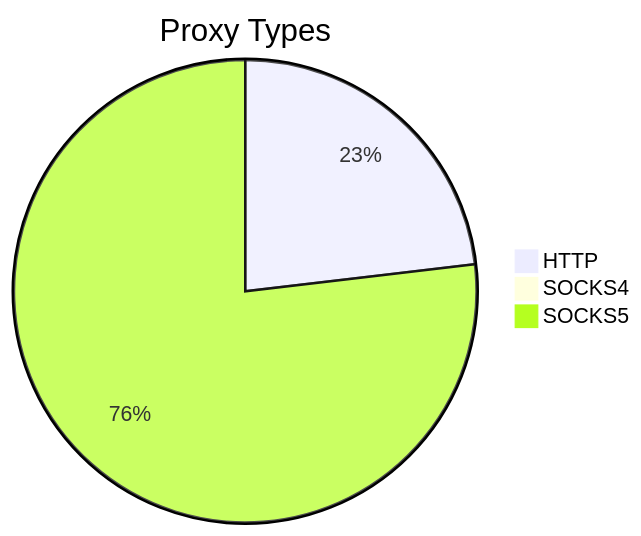
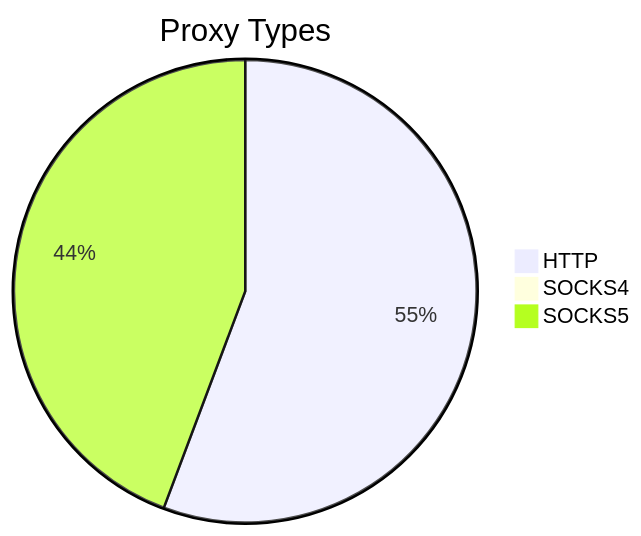
Before and after one commit to stormsia/proxy-list: the first of 2 diagrams in README.md, drawn with Mermaid. The commit also changed other lines of this file, not shown here.

````diff
--- a/README.md
+++ b/README.md
@@ -21,6 +21,6 @@
 ```mermaid
 pie title Proxy Types
-    "HTTP" : 935
-    "SOCKS4" : 27
-    "SOCKS5" : 3106
+    "HTTP" : 584
+    "SOCKS4" : 9
+    "SOCKS5" : 464
 ```
````
